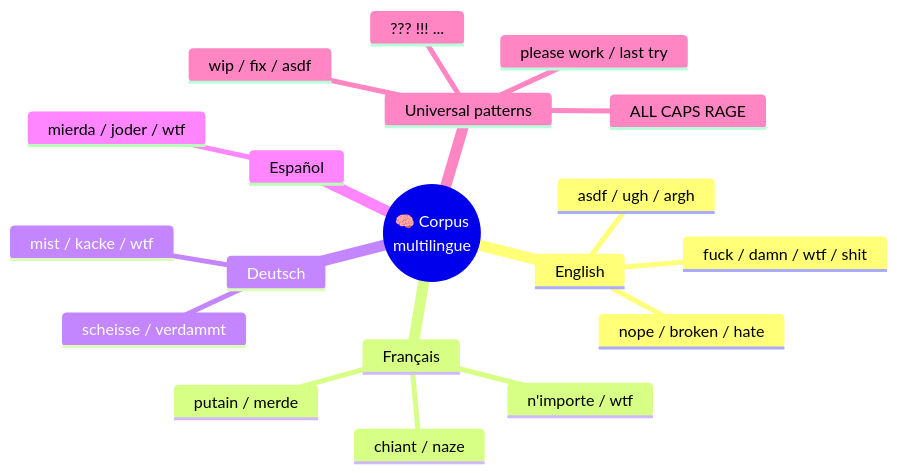
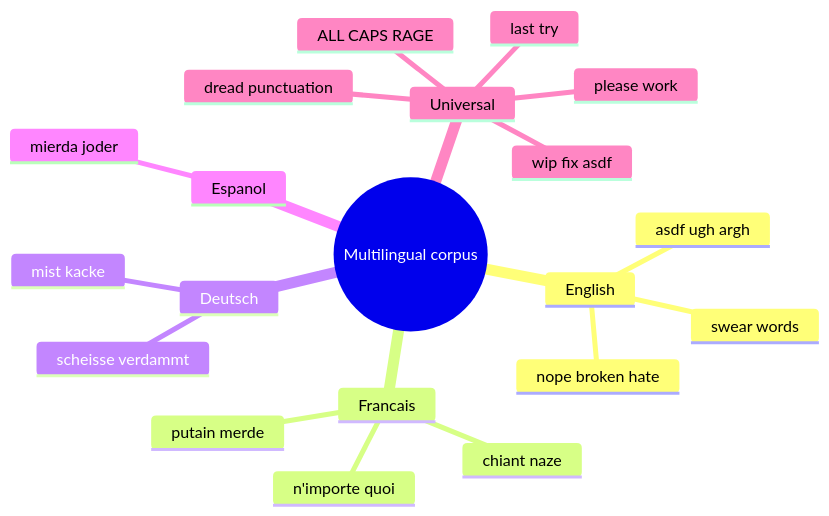
Before and after one commit to kevin-sigmoid-org/commit-mood-ring: the third of 3 diagrams in README.md, drawn with Mermaid. The commit also changed other lines of this file, not shown here.

Commit message:
docs: simplify mermaid diagrams for GitHub renderer
GitHub Mermaid was throwing 'Cannot read properties of undefined (reading
render)' on the mindmap (its mermaid version does not always ship the
mindmap renderer) and on the flowchart edge labels containing ??? / !!!
which the parser chokes on.

- mindmap kept but stripped of slashes, emojis and <br/> in the root
- flowchart edge labels rewritten without ??? !!! and special chars
- pie chart untouched, was fine

Kevin remains unconvinced by Mermaid's release cadence.

````diff
--- a/README.md
+++ b/README.md
@@ -140,22 +140,23 @@
 ```mermaid
 mindmap
-  root((🧠 Corpus<br/>multilingue))
+  root((Multilingual corpus))
     English
-      fuck / damn / wtf / shit
-      asdf / ugh / argh
-      nope / broken / hate
-    Français
-      putain / merde
-      chiant / naze
-      n'importe / wtf
+      swear words
+      asdf ugh argh
+      nope broken hate
+    Francais
+      putain merde
+      chiant naze
+      n'importe quoi
     Deutsch
-      scheisse / verdammt
-      mist / kacke / wtf
-    Español
-      mierda / joder / wtf
-    Universal patterns
-      ??? !!! ...
-      wip / fix / asdf
+      scheisse verdammt
+      mist kacke
+    Espanol
+      mierda joder
+    Universal
+      dread punctuation
+      wip fix asdf
       ALL CAPS RAGE
-      please work / last try
+      please work
+      last try
 ```
````
